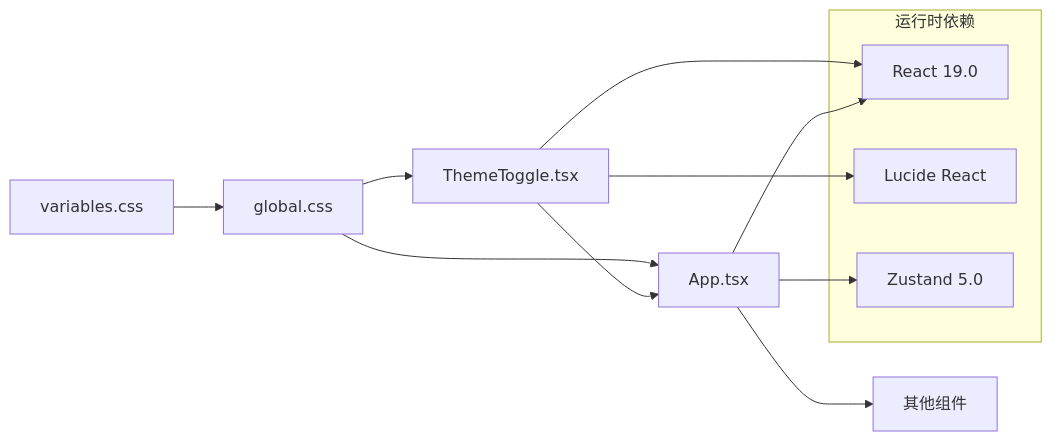
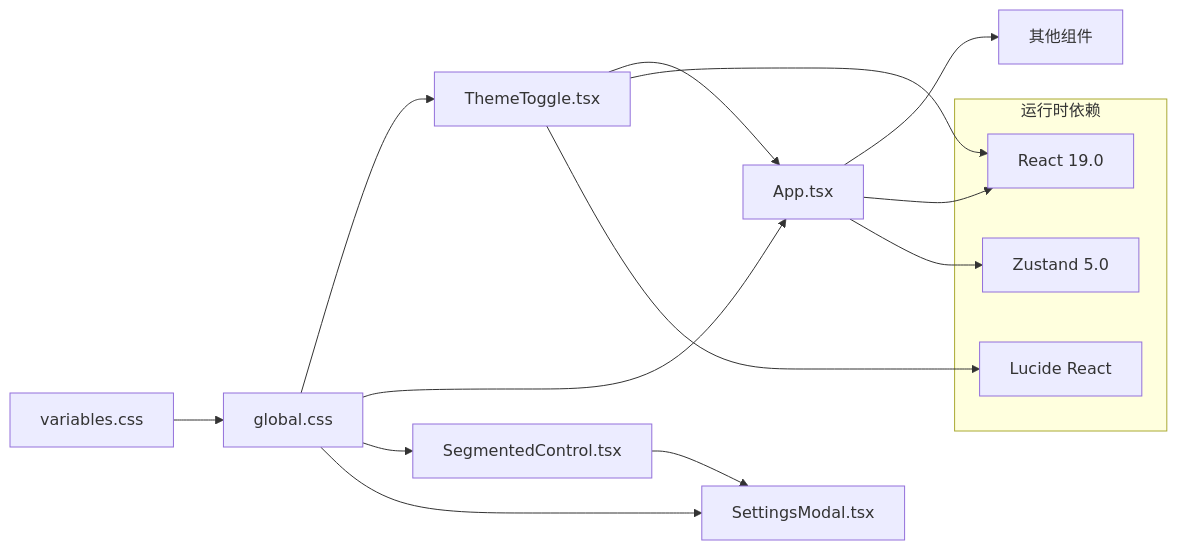
One commit to billye220670/CorineKit_Pix2Real changed diagram 14 of 14 in .qoder/repowiki/zh/content/项目概述/技术架构概览/前端架构设计/样式与主题系统.md. Above: the diagram before and after it, drawn with Mermaid. The commit also changed other lines of this file and 10 other files, not shown here.

Commit message:
feat: LoRA触发词右键上下文菜单与未使用检测 - 新增PromptContextMenu多层级右键菜单组件 - 移除侧边栏LoRA触发词文本显示，改为未使用时黄色警告图标 - 提示词输入框右键弹出菜单，支持插入LoRA触发词和标签分类数据 - Text2ImgSidebar和ZITSidebar同步更新

````diff
--- a/.qoder/repowiki/zh/content/项目概述/技术架构概览/前端架构设计/样式与主题系统.md
+++ b/.qoder/repowiki/zh/content/项目概述/技术架构概览/前端架构设计/样式与主题系统.md
@@ -385,17 +497,20 @@
 ```mermaid
 graph LR
 Variables[variables.css] --> Global[global.css]
 Global --> ThemeToggle[ThemeToggle.tsx]
 Global --> App[App.tsx]
+Global --> SegmentedControl[SegmentedControl.tsx]
+Global --> SettingsModal[SettingsModal.tsx]
 ThemeToggle --> App
+SegmentedControl --> SettingsModal
 App --> Components[其他组件]
 subgraph "运行时依赖"
 React[React 19.0]
 Lucide[Lucide React]
 Zustand[Zustand 5.0]
 end
 ThemeToggle --> React
 ThemeToggle --> Lucide
 App --> React
 App --> Zustand
 ```
````
